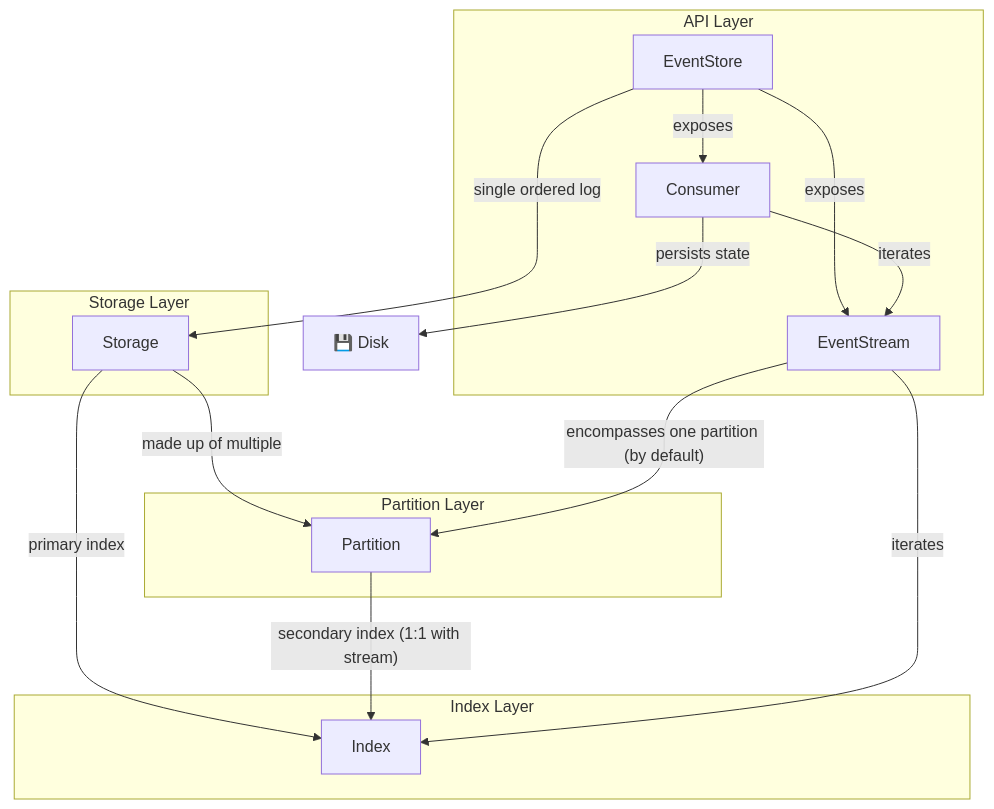
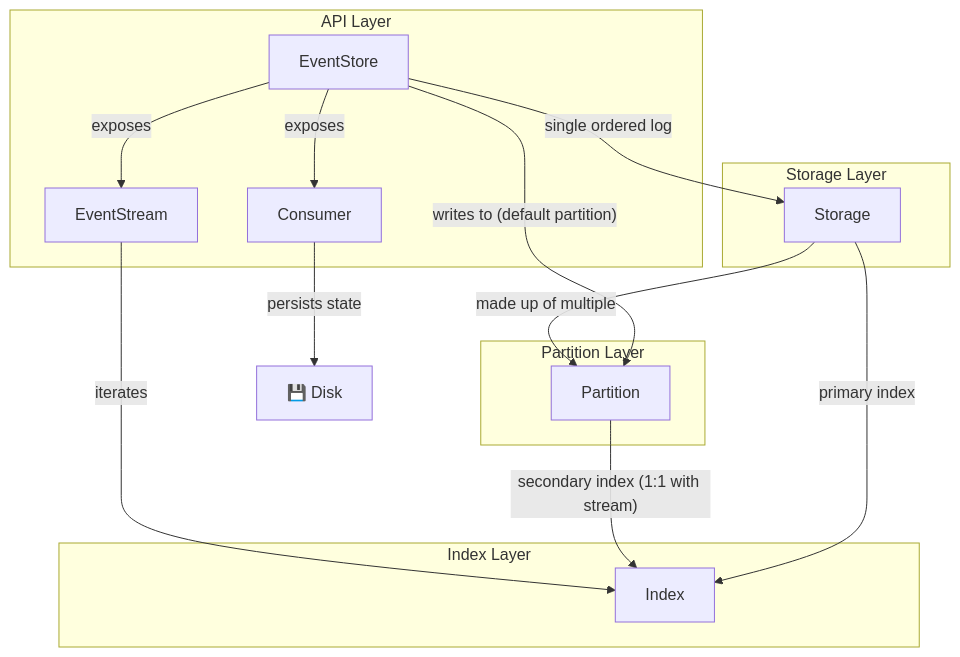
The diagram in docs/architecture.md (albe/node-event-storage), drawn with Mermaid before and after one commit.

Commit message:
docs: fix arrow crossing and clarify write vs read stream paths
Agent-Logs-Url: https://github.com/albe/node-event-storage/sessions/71818551-b500-4e96-97a3-efd34c6613d8

````diff
--- a/docs/architecture.md
+++ b/docs/architecture.md
@@ -56,40 +56,39 @@
 ```mermaid
 graph TD
     subgraph api["API Layer"]
         EventStore
         EventStream
         Consumer
     end
 
     subgraph storageLayer["Storage Layer"]
         Storage
     end
 
     subgraph partitionLayer["Partition Layer"]
         Partition
     end
 
     subgraph indexLayer["Index Layer"]
         Index
     end
 
     Disk["💾 Disk"]
 
     %% API relationships
     EventStore -->|"single ordered log"| Storage
     EventStore -->|"exposes"| EventStream
     EventStore -->|"exposes"| Consumer
-    Consumer -->|"iterates"| EventStream
+    EventStore -->|"writes to (default partition)"| Partition
     Consumer -->|"persists state"| Disk
 
     %% Storage coordinates Partition and Index
     Storage -->|"made up of multiple"| Partition
     Storage -->|"primary index"| Index
 
     %% Partition has a secondary index (1:1 with a stream)
     Partition -->|"secondary index (1:1 with stream)"| Index
 
-    %% EventStream is the bridge: resolves positions via Index, reads data from Partition
+    %% EventStream iterates an index (independent of which partitions are visited)
     EventStream -->|"iterates"| Index
-    EventStream -->|"encompasses one partition (by default)"| Partition
 ```
````
